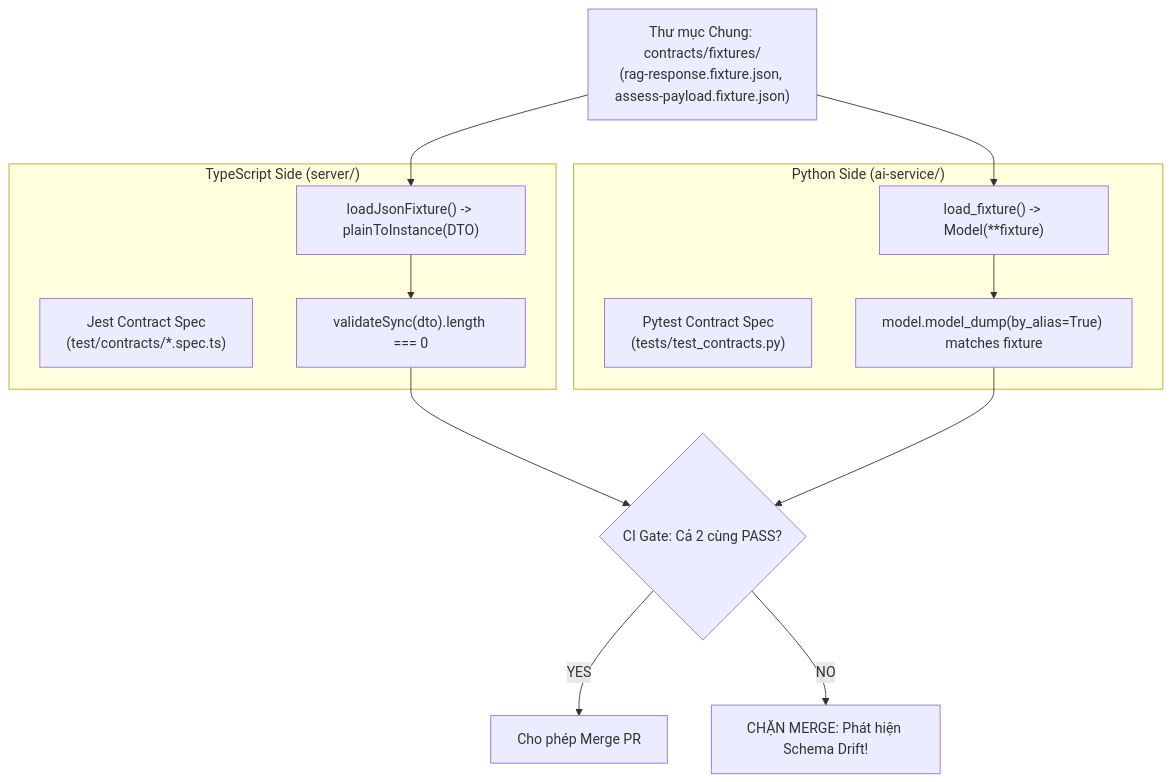
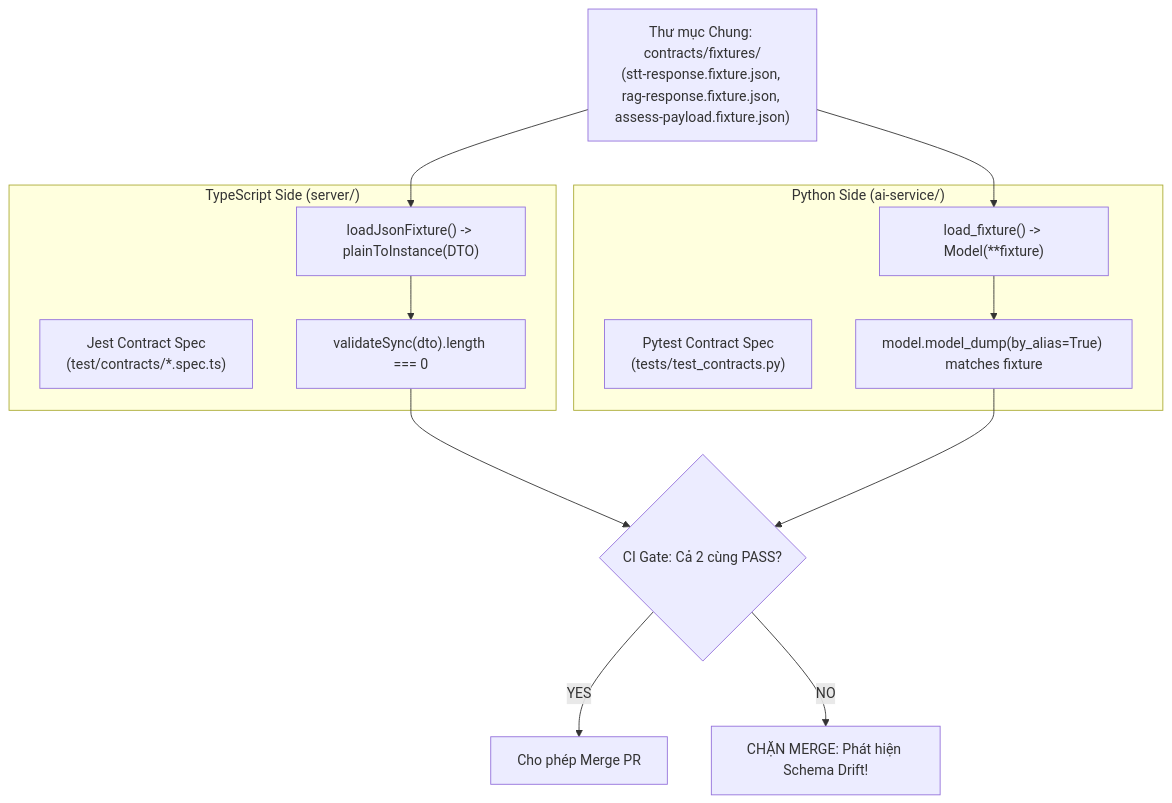
One commit to lethanhan01/interview-coach changed the diagram in docs/refactor-docs/05_PHASE_5_DEV_OPS_INFRA/02_CI_CD_PIPELINE_AND_AUTOMATED_CONTRACT_TESTS.md. Above: the diagram before and after it, drawn with Mermaid. The commit also changed other lines of this file and 35 other files, not shown here.

````diff
--- a/docs/refactor-docs/05_PHASE_5_DEV_OPS_INFRA/02_CI_CD_PIPELINE_AND_AUTOMATED_CONTRACT_TESTS.md
+++ b/docs/refactor-docs/05_PHASE_5_DEV_OPS_INFRA/02_CI_CD_PIPELINE_AND_AUTOMATED_CONTRACT_TESTS.md
@@ -31,26 +32,26 @@
 ```mermaid
 graph TD
-    Shared["Thư mục Chung: contracts/fixtures/<br/>(rag-response.fixture.json, assess-payload.fixture.json)"]
+    Shared["Thư mục Chung: contracts/fixtures/<br/>(stt-response.fixture.json, rag-response.fixture.json, assess-payload.fixture.json)"]
     
     subgraph NestJSTest["TypeScript Side (server/)"]
         Jest["Jest Contract Spec<br/>(test/contracts/*.spec.ts)"]
         LoadTS["loadJsonFixture() -> plainToInstance(DTO)"]
         ValTS["validateSync(dto).length === 0"]
     end
     
     subgraph PythonTest["Python Side (ai-service/)"]
         Pytest["Pytest Contract Spec<br/>(tests/test_contracts.py)"]
         LoadPy["load_fixture() -> Model(**fixture)"]
         ValPy["model.model_dump(by_alias=True) matches fixture"]
     end
     
     Shared --> LoadTS
     LoadTS --> ValTS
     Shared --> LoadPy
     LoadPy --> ValPy
     
     ValTS --> Gate{"CI Gate: Cả 2 cùng PASS?"}
     ValPy --> Gate
     Gate -->|YES| MergeAllowed["Cho phép Merge PR"]
     Gate -->|NO| BlockPR["CHẶN MERGE: Phát hiện Schema Drift!"]
 ```
````
